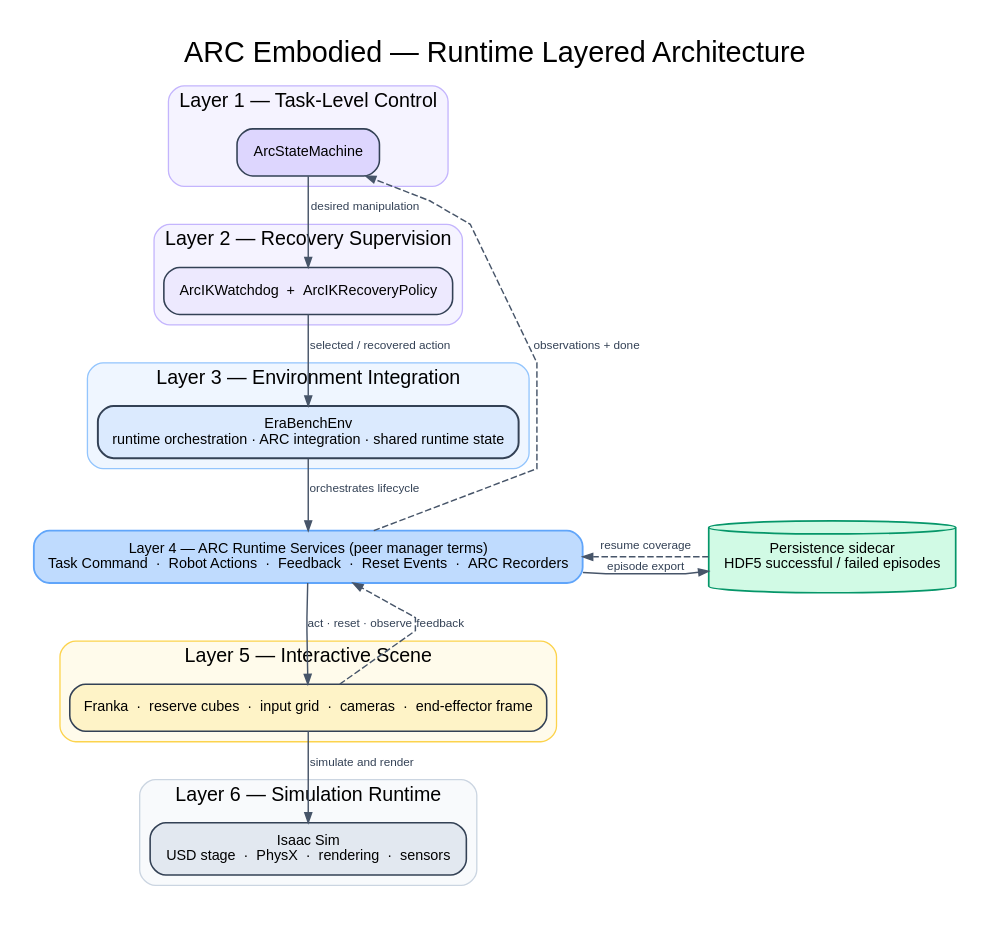
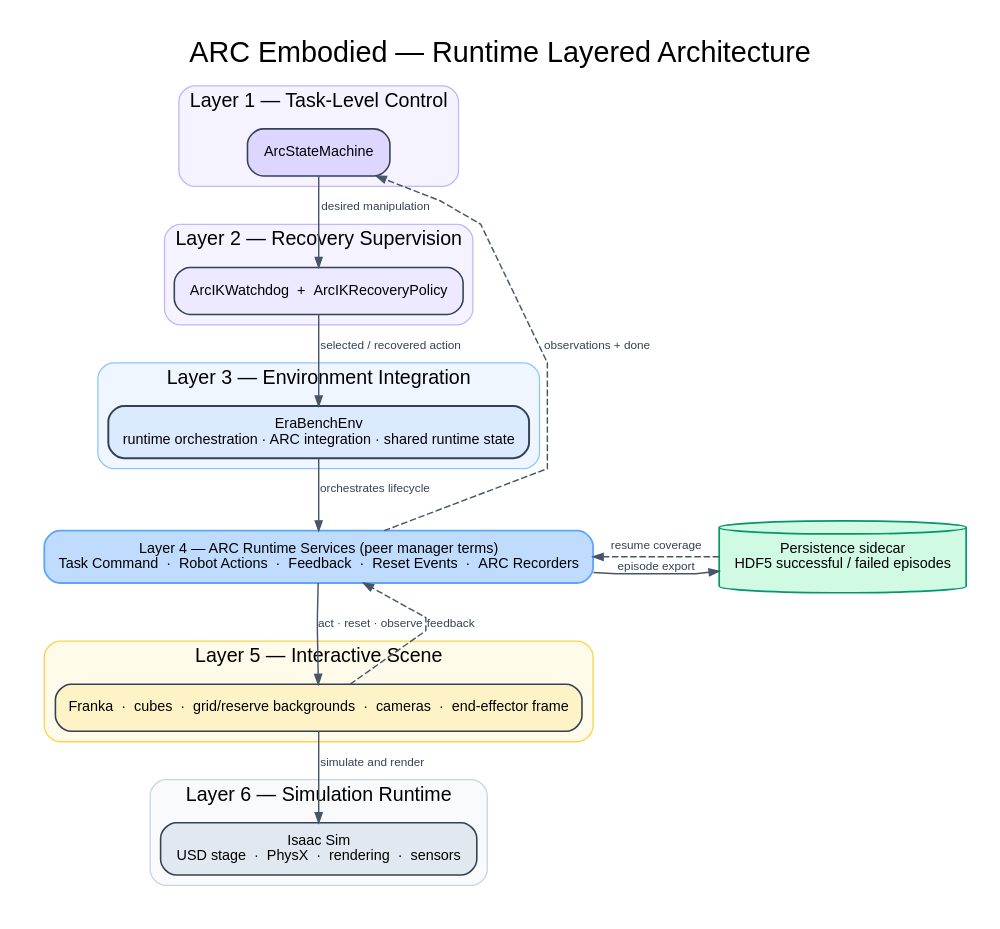
Before and after one commit to nardo7/era_bench: the diagram in source/era_bench/docs/architecture/arc_embodied_runtime_layers.dot, drawn with Graphviz. The commit also changed 25 other files, not shown here.

```diff
--- a/source/era_bench/docs/architecture/arc_embodied_runtime_layers.dot
+++ b/source/era_bench/docs/architecture/arc_embodied_runtime_layers.dot
@@ -1,150 +1,150 @@
 digraph ArcEmbodiedRuntimeLayers {
   graph [
     label="ARC Embodied — Runtime Layered Architecture",
     labelloc=t,
     fontsize=22,
     fontname="Arial",
     rankdir=TB,
     bgcolor="white",
     pad=0.25,
     nodesep=0.35,
     ranksep=0.52,
     splines=polyline,
     compound=true
   ];
 
   node [
     shape=box,
     style="rounded,filled",
     fontname="Arial",
     fontsize=11,
     color="#334155",
     penwidth=1.2,
     margin="0.18,0.11"
   ];
 
   edge [
     fontname="Arial",
     fontsize=9,
     color="#475569",
     fontcolor="#334155",
     arrowsize=0.75,
     penwidth=1.1
   ];
 
   subgraph cluster_task_control {
     label="Layer 1 — Task-Level Control";
     fontsize=15;
     fontname="Arial";
     color="#C4B5FD";
     fillcolor="#F5F3FF";
     style="rounded,filled";
 
     state_machine [
       label="ArcStateMachine",
       fillcolor="#DDD6FE"
     ];
   }
 
   subgraph cluster_recovery {
     label="Layer 2 — Recovery Supervision";
     fontsize=15;
     fontname="Arial";
     color="#C4B5FD";
     fillcolor="#F5F3FF";
     style="rounded,filled";
 
     recovery [
       label="ArcIKWatchdog  +  ArcIKRecoveryPolicy",
       fillcolor="#EDE9FE"
     ];
   }
 
   subgraph cluster_environment {
     label="Layer 3 — Environment Integration";
     fontsize=15;
     fontname="Arial";
     color="#93C5FD";
     fillcolor="#EFF6FF";
     style="rounded,filled";
 
     environment [
       label="EraBenchEnv\nruntime orchestration · ARC integration · shared runtime state",
       fillcolor="#DBEAFE",
       penwidth=1.5
     ];
   }
 
   services [
     label="Layer 4 — ARC Runtime Services (peer manager terms)\nTask Command  ·  Robot Actions  ·  Feedback  ·  Reset Events  ·  ARC Recorders",
     fillcolor="#BFDBFE",
     color="#60A5FA",
     penwidth=1.4
   ];
 
   subgraph cluster_scene {
     label="Layer 5 — Interactive Scene";
     fontsize=15;
     fontname="Arial";
     color="#FCD34D";
     fillcolor="#FFFBEB";
     style="rounded,filled";
 
     scene [
-      label="Franka  ·  reserve cubes  ·  input grid  ·  cameras  ·  end-effector frame",
+      label="Franka  ·  cubes  ·  grid/reserve backgrounds  ·  cameras  ·  end-effector frame",
       fillcolor="#FEF3C7"
     ];
   }
 
   subgraph cluster_simulation {
     label="Layer 6 — Simulation Runtime";
     fontsize=15;
     fontname="Arial";
     color="#CBD5E1";
     fillcolor="#F8FAFC";
     style="rounded,filled";
 
     simulation [
       label="Isaac Sim\nUSD stage  ·  PhysX  ·  rendering  ·  sensors",
       fillcolor="#E2E8F0"
     ];
   }
 
   persistence [
     label="Persistence sidecar\nHDF5 successful / failed episodes",
     shape=cylinder,
     style=filled,
     fillcolor="#D1FAE5",
     color="#059669",
     penwidth=1.3
   ];
 
   state_machine -> recovery [label="desired manipulation"];
   recovery -> environment [label="selected / recovered action"];
   environment -> services [label="orchestrates lifecycle"];
   services -> scene [label="act · reset · observe"];
   scene -> simulation [label="simulate and render"];
 
   scene -> services [
     label="feedback",
     style=dashed,
     constraint=false
   ];
   services -> state_machine [
     label="observations + done",
     style=dashed,
     constraint=false
   ];
 
   services -> persistence [
     label="episode export",
     constraint=false
   ];
   persistence -> services [
     label="resume coverage",
     style=dashed,
     constraint=false
   ];
 
   { rank=same; services; persistence; }
 }
```
